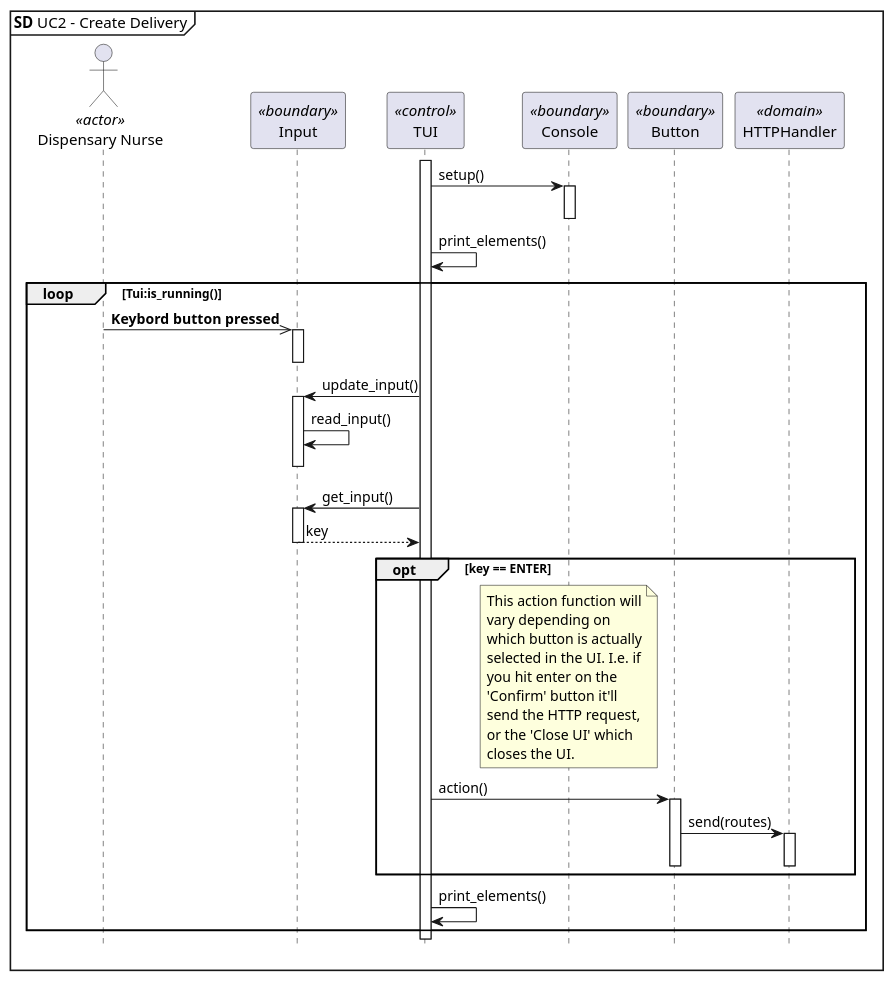
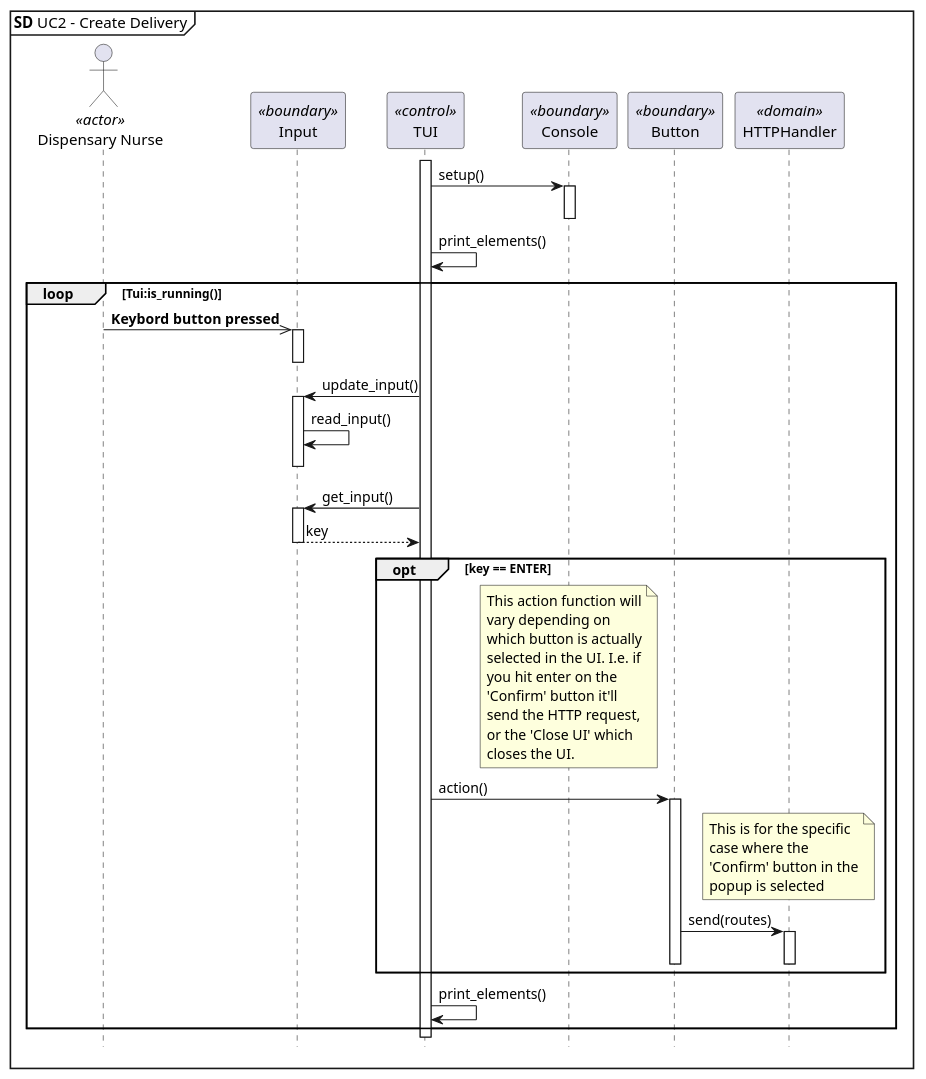
One commit to lineklemensen/PRJ3 changed the diagram in docs/diagrams/Plantuml/apModel/uc2sd-pc.puml. Above: the diagram before and after it, drawn with PlantUML.

Commit message:
Add another note to http arrow

```diff
--- a/docs/diagrams/Plantuml/apModel/uc2sd-pc.puml
+++ b/docs/diagrams/Plantuml/apModel/uc2sd-pc.puml
@@ -1,57 +1,58 @@
 @startuml SD UC2 - Create Delivery
 
 <style>
 note {
   MaximumWidth 150
 }
 </style>
 
 mainframe **SD** UC2 - Create Delivery
 hide footbox
 
 actor "Dispensary Nurse" as dn <<actor>>
 participant "Input" as in <<boundary>>
 participant "TUI" as tui <<control>>
 participant "Console" as cs <<boundary>>
 participant "Button" as b <<boundary>>
 'participant "TextElement" as te <<boundary>>
 'participant "StatefulButton" as sb <<boundary>>
 participant "HTTPHandler" as http <<domain>>
 
 '1. TUI active/open TUI
 tui++ 
 
 '2. TUI displays message and list of rooms
 tui -> cs : setup()
 
 '3.
 cs++
 cs--
 
 '5.
 tui -> tui: print_elements()
 
 '6.
 loop Tui:is_running()
 dn ->> in++ : **Keybord button pressed**
 in--
 tui -> in++ : update_input()
 in -> in : read_input()
 'extra hidden arrow for plantuml aligment
 in -[hidden]-> in
 in--
 tui -> in++ : get_input()
 in --> tui : key
 in--
 opt key == ENTER
 note over cs : This action function will vary depending on which button is actually selected in the UI. I.e. if you hit enter on the 'Confirm' button it'll send the HTTP request, or the 'Close UI' which closes the UI.
 tui -> b++ : action()
+note over http : This is for the specific case where the 'Confirm' button in the popup is selected
 b -> http++ : send(routes)
 http--
 b--
 
 end
 tui -> tui : print_elements()
 end 
 
 @enduml
```
